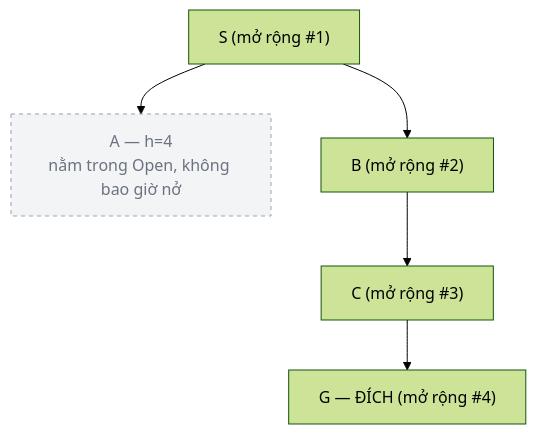
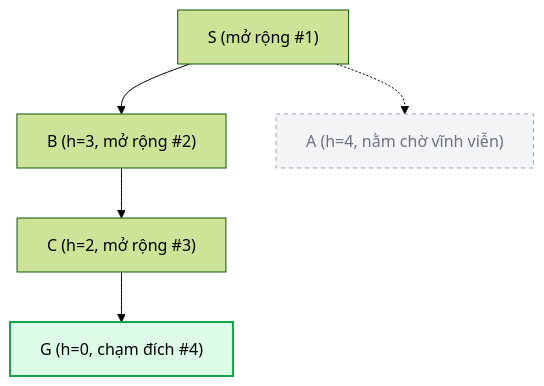
One commit to KazinMintori/StudyHub changed the second of 5 diagrams in docs/bieu-dien-tri-thuc/bai-giang/03-tim-kiem-kinh-nghiem.md. Above: the diagram before and after it, drawn with Mermaid (forest theme). The commit also changed other lines of this file and 558 other files, not shown here.

````diff
--- a/docs/bieu-dien-tri-thuc/bai-giang/03-tim-kiem-kinh-nghiem.md
+++ b/docs/bieu-dien-tri-thuc/bai-giang/03-tim-kiem-kinh-nghiem.md
@@ -56,10 +84,12 @@
 ```mermaid
 flowchart TD
-    S1["S (mở rộng #1)"] --> A1["A — h=4<br/>nằm trong Open, không bao giờ nở"]
-    S1 --> B1["B (mở rộng #2)"]
-    B1 --> C1["C (mở rộng #3)"]
-    C1 --> G1["G — ĐÍCH (mở rộng #4)"]
+    S1["S (mở rộng #1)"] --> B1["B (h=3, mở rộng #2)"]
+    S1 -.-> A1["A (h=4, nằm chờ vĩnh viễn)"]
+    B1 --> C1["C (h=2, mở rộng #3)"]
+    C1 --> G1["G (h=0, chạm đích #4)"]
 
-    classDef unexpanded fill:#f3f4f6,stroke:#9ca3af,stroke-dasharray: 4 4,color:#6b7280;
-    class A1 unexpanded;
+    classDef goal fill:#dcfce7,stroke:#16a34a,stroke-width:2px;
+    classDef ignored fill:#f3f4f6,stroke:#9ca3af,stroke-dasharray: 4 4,color:#6b7280;
+    class G1 goal;
+    class A1 ignored;
 ```
````
